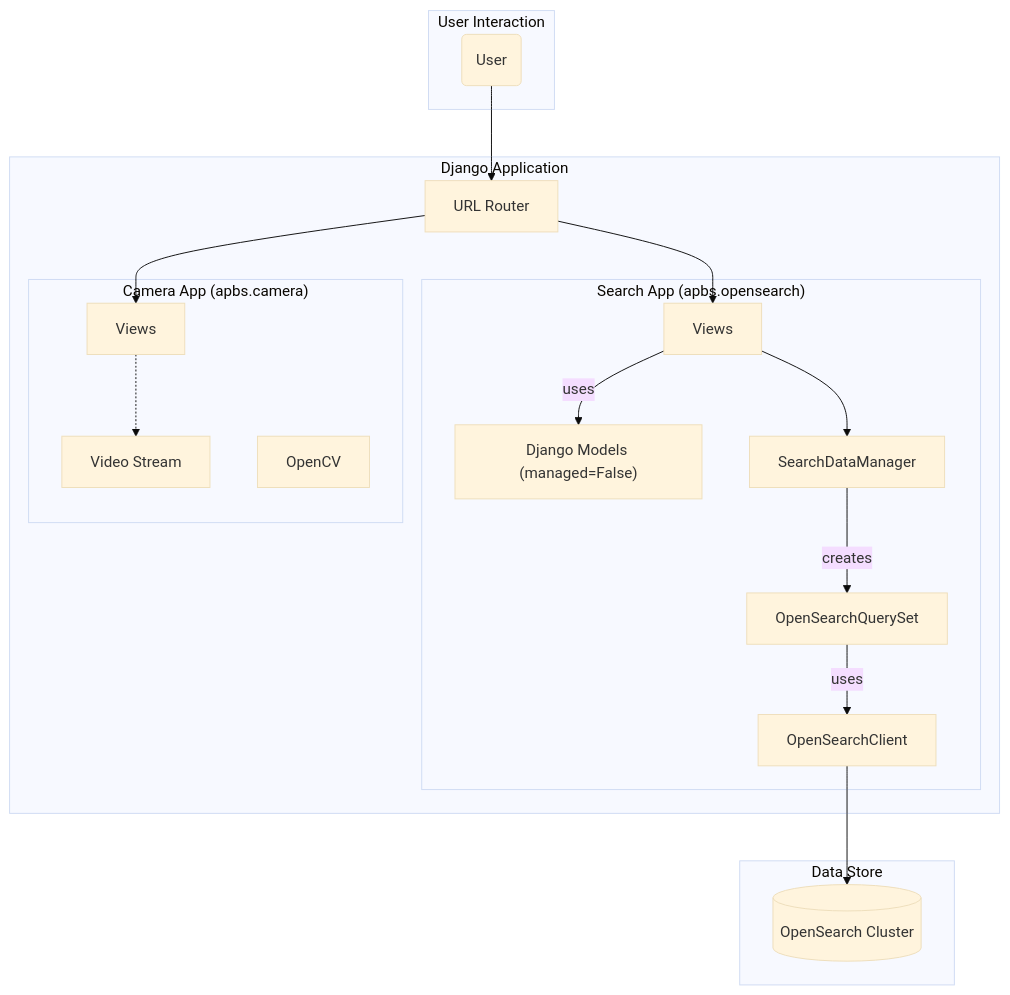
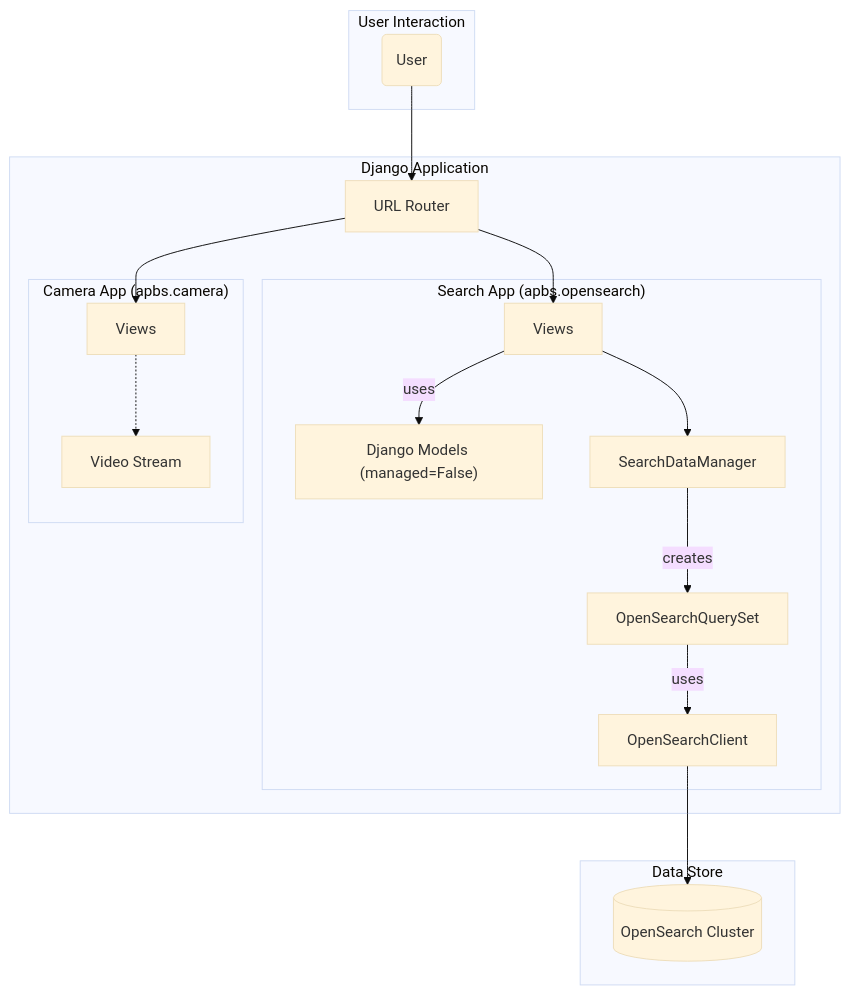
One commit to kerstinli/apws-web changed the diagram in README.md. Above: the diagram before and after it, drawn with Mermaid (base theme).

````diff
--- a/README.md
+++ b/README.md
@@ -24,41 +24,40 @@
 ```mermaid
 graph TD
     subgraph "User Interaction"
         user("User")
     end
 
     subgraph "Django Application"
         router["URL Router"]
 
         subgraph "Search App (apbs.opensearch)"
             opensearch_views["Views"]
             models["Django Models (managed=False)"]
             manager["SearchDataManager"]
             queryset["OpenSearchQuerySet"]
             client["OpenSearchClient"]
         end
 
         subgraph "Camera App (apbs.camera)"
             camera_views["Views"]
             video_stream["Video Stream"]
-            opencv["OpenCV"]
         end
     end
 
     subgraph "Data Store"
         opensearch_cluster[(OpenSearch Cluster)]
     end
 
     user --> router
 
     router --> opensearch_views
     router --> camera_views
 
     opensearch_views --> manager
     opensearch_views -- uses --> models
     manager -- creates --> queryset
     queryset -- uses --> client
     client --> opensearch_cluster
 
     camera_views -.-> video_stream
 ```
````
